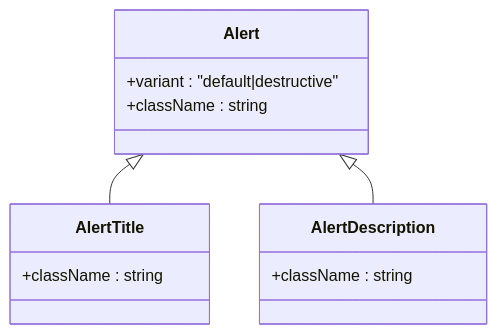
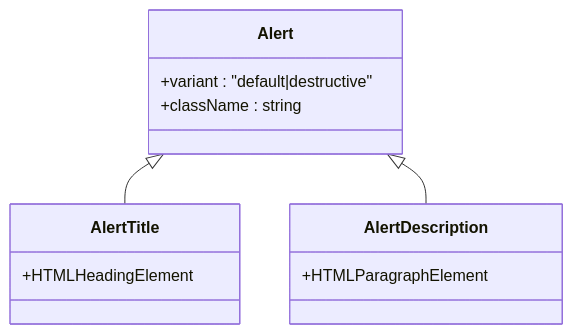
Diagram 12 of 14 in .qoder/repowiki/zh/content/UI组件系统/基础UI组件.md (RadiumAg/bilibili-favorites), drawn with Mermaid before and after one commit. The commit also changed other lines of this file and 27 other files, not shown here.

````diff
--- a/.qoder/repowiki/zh/content/UI组件系统/基础UI组件.md
+++ b/.qoder/repowiki/zh/content/UI组件系统/基础UI组件.md
@@ -438,15 +429,15 @@
 ```mermaid
 classDiagram
 class Alert {
 +variant : "default|destructive"
 +className : string
 }
 class AlertTitle {
-+className : string
++HTMLHeadingElement
 }
 class AlertDescription {
-+className : string
++HTMLParagraphElement
 }
 Alert <|-- AlertTitle
 Alert <|-- AlertDescription
 ```
````
